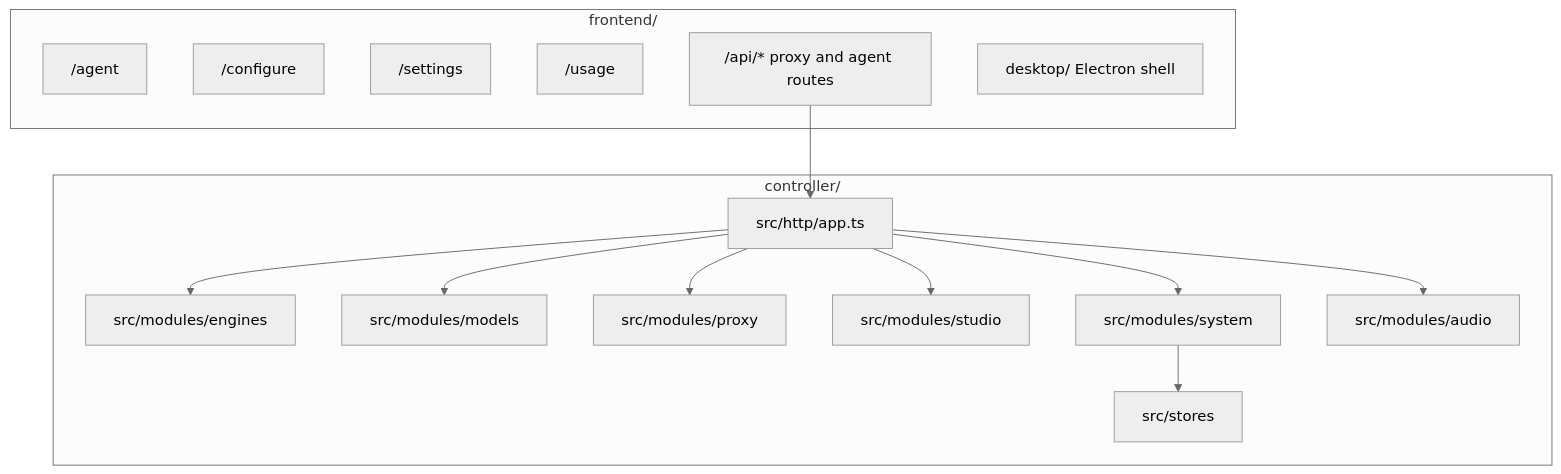
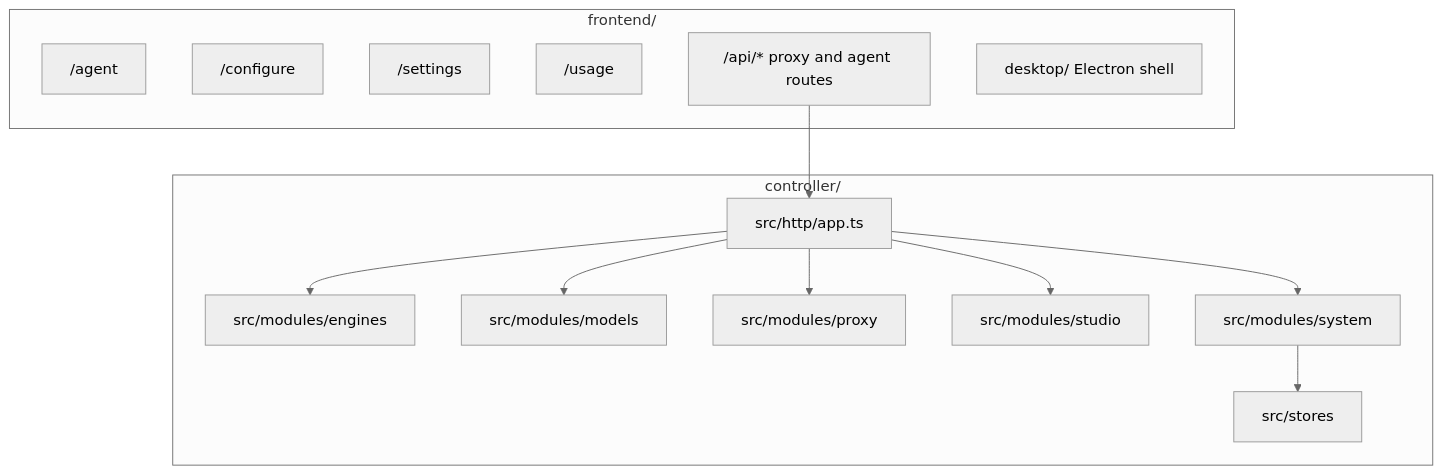
The second of 2 diagrams in README.md (0xSero/vllm-studio), drawn with Mermaid (neutral theme) before and after one commit. The commit also changed 28 other files, not shown here.

````diff
--- a/README.md
+++ b/README.md
@@ -63,31 +63,29 @@
 ```mermaid
 flowchart TB
     subgraph Frontend["frontend/"]
         AgentPage["/agent"]
         Configure["/configure"]
         Settings["/settings"]
         Usage["/usage"]
         ProxyRoutes["/api/* proxy and agent routes"]
         DesktopMain["desktop/ Electron shell"]
     end
 
     subgraph Controller["controller/"]
         HttpApp["src/http/app.ts"]
         Engines["src/modules/engines"]
         Models["src/modules/models"]
         Proxy["src/modules/proxy"]
         Studio["src/modules/studio"]
         System["src/modules/system"]
-        Audio["src/modules/audio"]
         Stores["src/stores"]
     end
 
     ProxyRoutes --> HttpApp
     HttpApp --> Engines
     HttpApp --> Models
     HttpApp --> Proxy
     HttpApp --> Studio
     HttpApp --> System
-    HttpApp --> Audio
     System --> Stores
 ```
````
